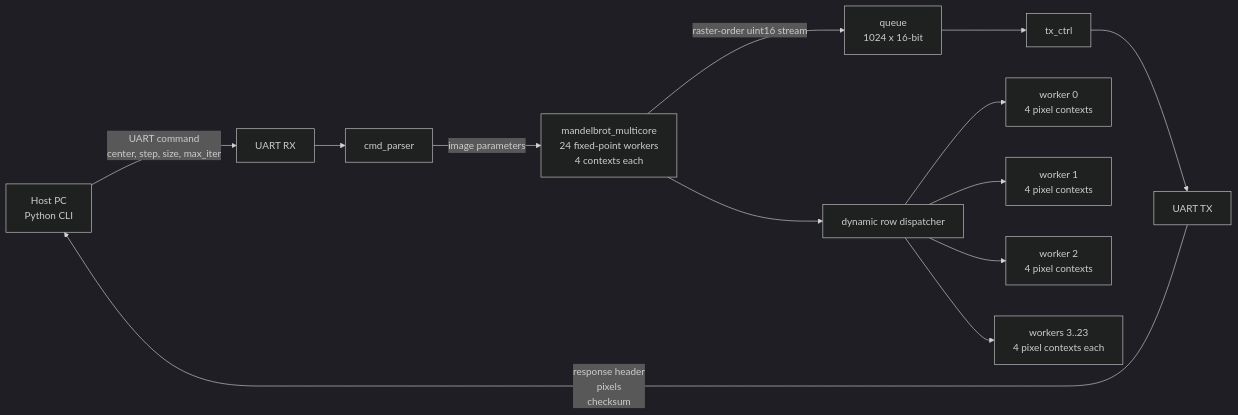
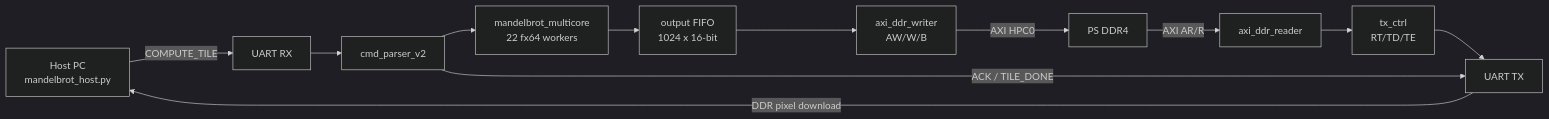
The first of 3 diagrams in README.md (RESBI/FPGA-Mandelbrot-Demo), drawn with Mermaid (dark theme) before and after one commit. The commit also changed other lines of this file and 25 other files, not shown here.

````diff
--- a/README.md
+++ b/README.md
@@ -156,16 +154,14 @@
 ```mermaid
 flowchart LR
-    PC[Host PC<br/>Python CLI] -->|UART command<br/>center, step, size, max_iter| RX[UART RX]
-    RX --> Parser[cmd_parser]
-    Parser -->|image parameters| Core[mandelbrot_multicore<br/>24 fixed-point workers<br/>4 contexts each]
-    Core -->|raster-order uint16 stream| FIFO[queue<br/>1024 x 16-bit]
-    FIFO --> TXC[tx_ctrl]
+    PC[Host PC<br/>mandelbrot_host.py] -->|COMPUTE_TILE| RX[UART RX]
+    RX --> Parser[cmd_parser_v2]
+    Parser --> Core[mandelbrot_multicore<br/>22 fx64 workers]
+    Core --> FIFO[output FIFO<br/>1024 x 16-bit]
+    FIFO --> Writer[axi_ddr_writer<br/>AW/W/B]
+    Writer -->|AXI HPC0| DDR[PS DDR4]
+    DDR -->|AXI AR/R| Reader[axi_ddr_reader]
+    Reader --> TXC[tx_ctrl<br/>RT/TD/TE]
     TXC --> TX[UART TX]
-    TX -->|response header<br/>pixels<br/>checksum| PC
-
-    Core --> SCHED[dynamic row dispatcher]
-    SCHED --> W0[worker 0<br/>4 pixel contexts]
-    SCHED --> W1[worker 1<br/>4 pixel contexts]
-    SCHED --> W2[worker 2<br/>4 pixel contexts]
-    SCHED --> WN[workers 3..23<br/>4 pixel contexts each]
+    TX -->|DDR pixel download| PC
+    Parser -->|ACK / TILE_DONE| TX
 ```
````
